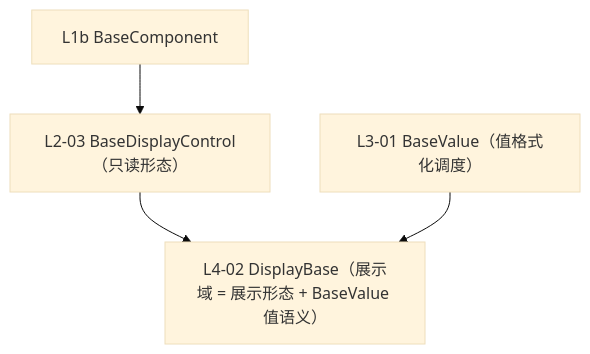
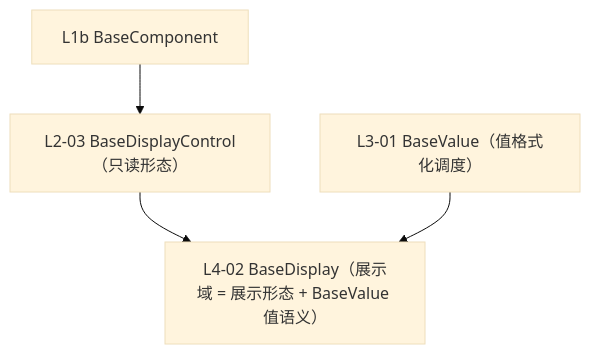
Before and after one commit to minjian123/basic-management-system: the diagram in bms文档/设计/组件设计/02_基础组件类/L2_形态基类/03_组件设计_展示组件基类/03_组件设计_展示组件基类.md, drawn with Mermaid (base theme). The commit also changed 14 other files, not shown here.

Commit message:
docs(规范): 统一基类命名规则并重命名 DisplayBase 为 BaseDisplay

````diff
--- a/bms文档/设计/组件设计/02_基础组件类/L2_形态基类/03_组件设计_展示组件基类/03_组件设计_展示组件基类.md
+++ b/bms文档/设计/组件设计/02_基础组件类/L2_形态基类/03_组件设计_展示组件基类/03_组件设计_展示组件基类.md
@@ -15,6 +15,6 @@
 ```mermaid
 flowchart TD
     L1B["L1b BaseComponent"] --> DC["L2-03 BaseDisplayControl（只读形态）"]
-    DC --> D["L4-02 DisplayBase（展示域 = 展示形态 + BaseValue 值语义）"]
+    DC --> D["L4-02 BaseDisplay（展示域 = 展示形态 + BaseValue 值语义）"]
     HV["L3-01 BaseValue（值格式化调度）"] --> D
 ```
````
